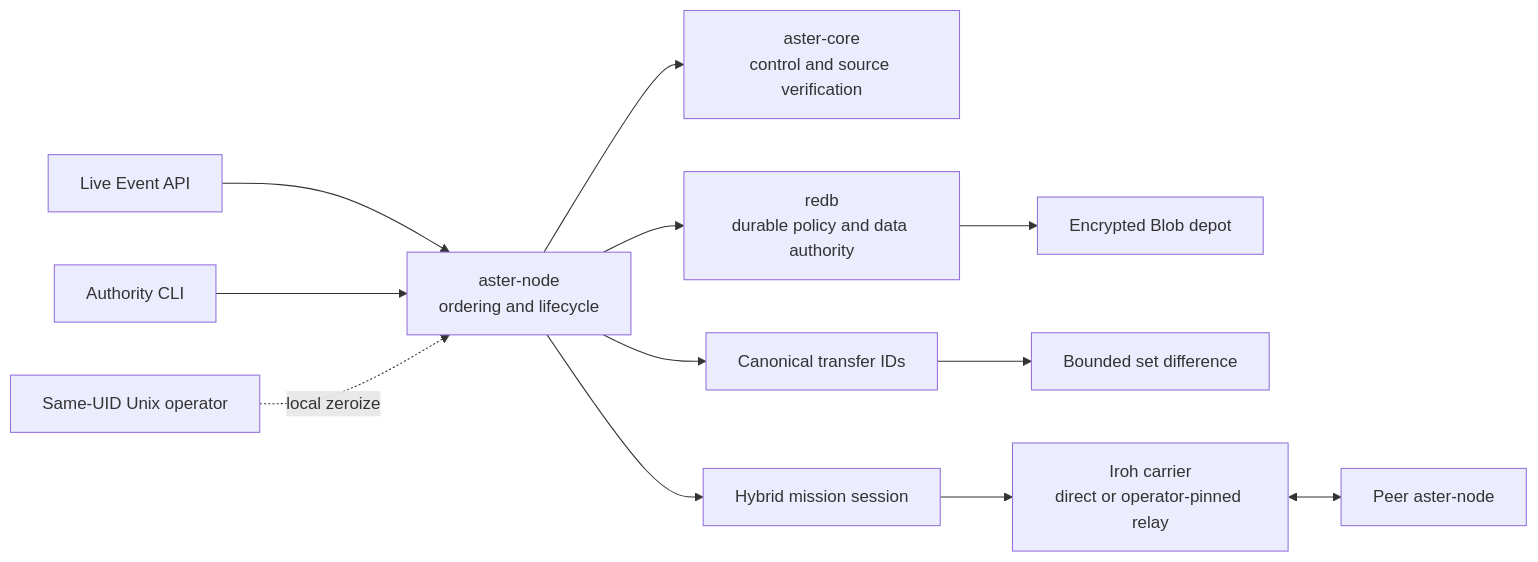
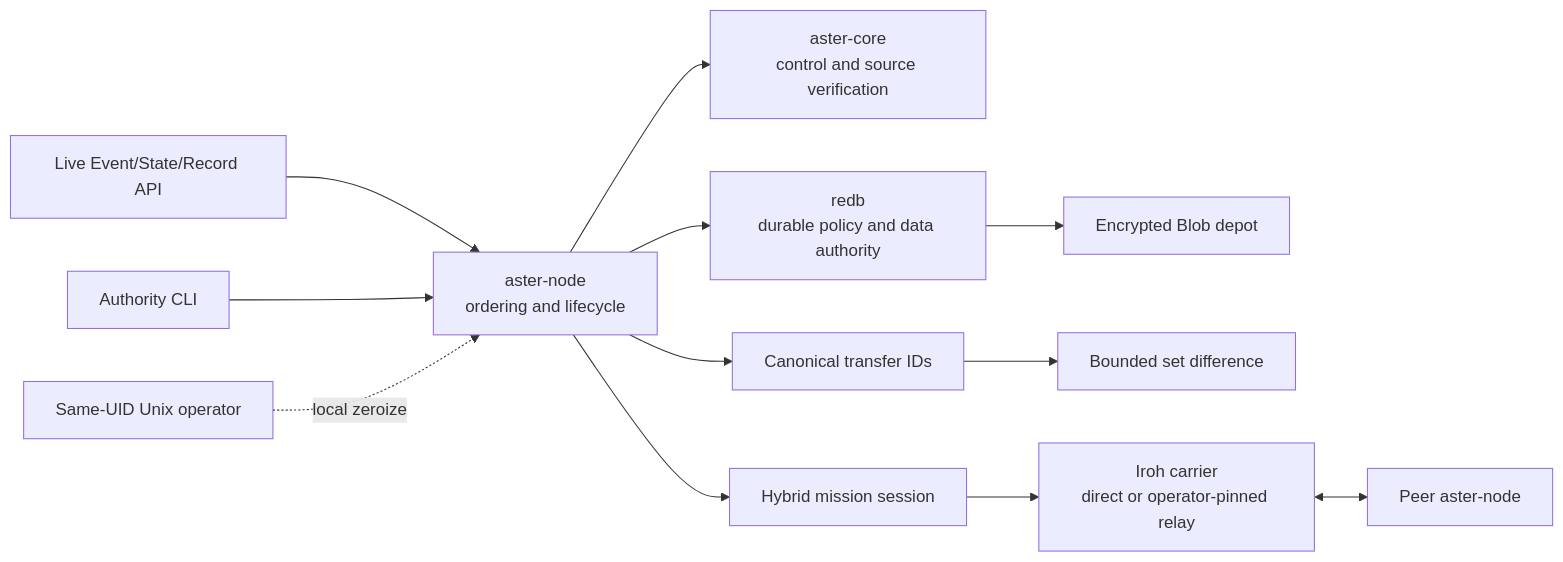
One commit to asirak-astertech/aster changed the second of 8 diagrams in docs/architecture.md. Above: the diagram before and after it, drawn with Mermaid. The commit also changed other lines of this file and 29 other files, not shown here.

First line of the commit message:
Add live selected State and Record application handles (#43)

````diff
--- a/docs/architecture.md
+++ b/docs/architecture.md
@@ -51,14 +55,14 @@
 ```mermaid
 flowchart LR
-    API["Live Event API"] --> Node["aster-node<br/>ordering and lifecycle"]
+    API["Live Event/State/Record API"] --> Node["aster-node<br/>ordering and lifecycle"]
     Authority["Authority CLI"] --> Node
     Operator["Same-UID Unix operator"] -. "local zeroize" .-> Node
     Node --> Core["aster-core<br/>control and source verification"]
     Node --> Store["redb<br/>durable policy and data authority"]
     Store --> Depot["Encrypted Blob depot"]
     Node --> Profile["Canonical transfer IDs"]
     Profile --> Diff["Bounded set difference"]
     Node --> Session["Hybrid mission session"]
     Session --> Carrier["Iroh carrier<br/>direct or operator-pinned relay"]
     Carrier <--> Peer["Peer aster-node"]
 ```
````
